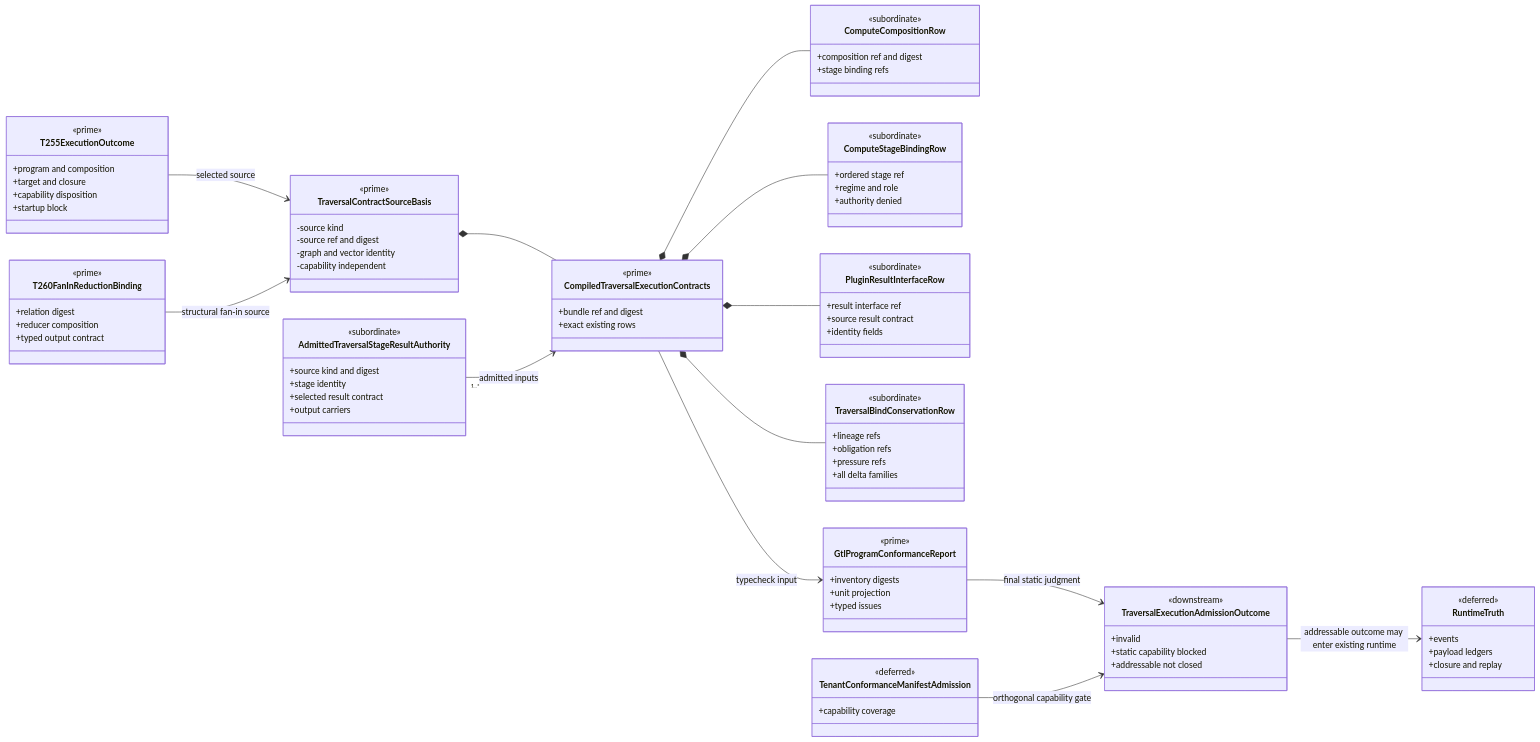
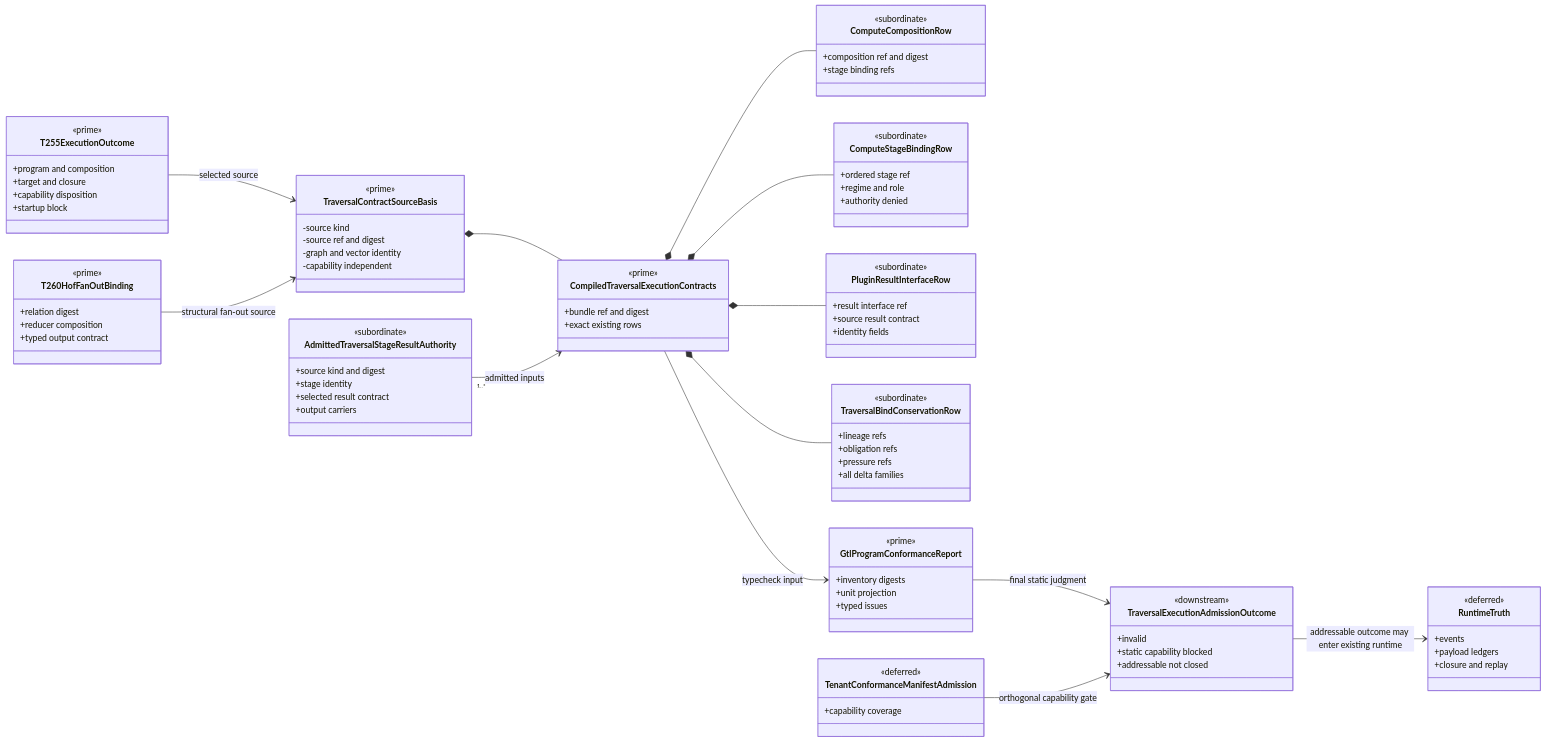
One commit to foolishimp/abiogenesis changed the first of 3 diagrams in build_tenants/abiogenesis/typescript/design/M03_TRAVERSAL_RESULT_BIND_CONSERVATION_BEHAVIOR_DESIGN.md. Above: the diagram before and after it, drawn with Mermaid. The commit also changed other lines of this file and 3 other files, not shown here.

Commit message:
design(abg): correct t267 structural hof source

```diff
--- a/build_tenants/abiogenesis/typescript/design/M03_TRAVERSAL_RESULT_BIND_CONSERVATION_BEHAVIOR_DESIGN.md
+++ b/build_tenants/abiogenesis/typescript/design/M03_TRAVERSAL_RESULT_BIND_CONSERVATION_BEHAVIOR_DESIGN.md
@@ -319,7 +319,7 @@
     +capability disposition
     +startup block
   }
-  class T260FanInReductionBinding {
+  class T260HofFanOutBinding {
     <<prime>>
     <<authoritative>>
     +relation digest
@@ -400,7 +400,7 @@
   }
 
   T255ExecutionOutcome --> TraversalContractSourceBasis : selected source
-  T260FanInReductionBinding --> TraversalContractSourceBasis : structural fan-in source
+  T260HofFanOutBinding --> TraversalContractSourceBasis : structural fan-out source
   TraversalContractSourceBasis *-- CompiledTraversalExecutionContracts
   AdmittedTraversalStageResultAuthority "1..*" --> CompiledTraversalExecutionContracts : admitted inputs
   CompiledTraversalExecutionContracts *-- ComputeCompositionRow
```
